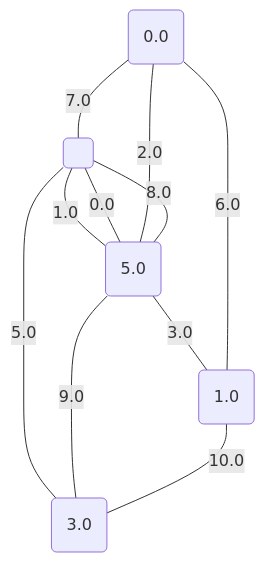
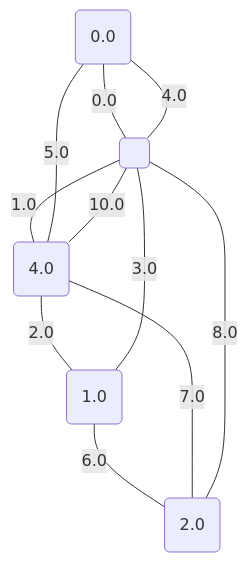
Diagram 11 of 17 in project/src/testing/minCutPetersen.md (metury/graphs), drawn with Mermaid before and after one commit. The commit also changed other lines of this file and 52 other files, not shown here.

````diff
--- a/project/src/testing/minCutPetersen.md
+++ b/project/src/testing/minCutPetersen.md
@@ -291,18 +291,18 @@
 ```mermaid
 graph TD;
 0("0.0");
 1("1.0");
-2("3.0");
-3("5.0");
+2("2.0");
+3("4.0");
 4(" ");
-	3 -- "0.0" --- 4;
+	0 -- "0.0" --- 4;
 	4 -- "1.0" --- 3;
-	3 -- "2.0" --- 0;
-	3 -- "3.0" --- 1;
-	4 -- "5.0" --- 2;
-	0 -- "6.0" --- 1;
-	0 -- "7.0" --- 4;
-	3 -- "8.0" --- 4;
-	3 -- "9.0" --- 2;
-	1 -- "10.0" --- 2;
+	3 -- "2.0" --- 1;
+	1 -- "3.0" --- 4;
+	4 -- "4.0" --- 0;
+	0 -- "5.0" --- 3;
+	1 -- "6.0" --- 2;
+	3 -- "7.0" --- 2;
+	4 -- "8.0" --- 2;
+	3 -- "10.0" --- 4;
 ```
````
